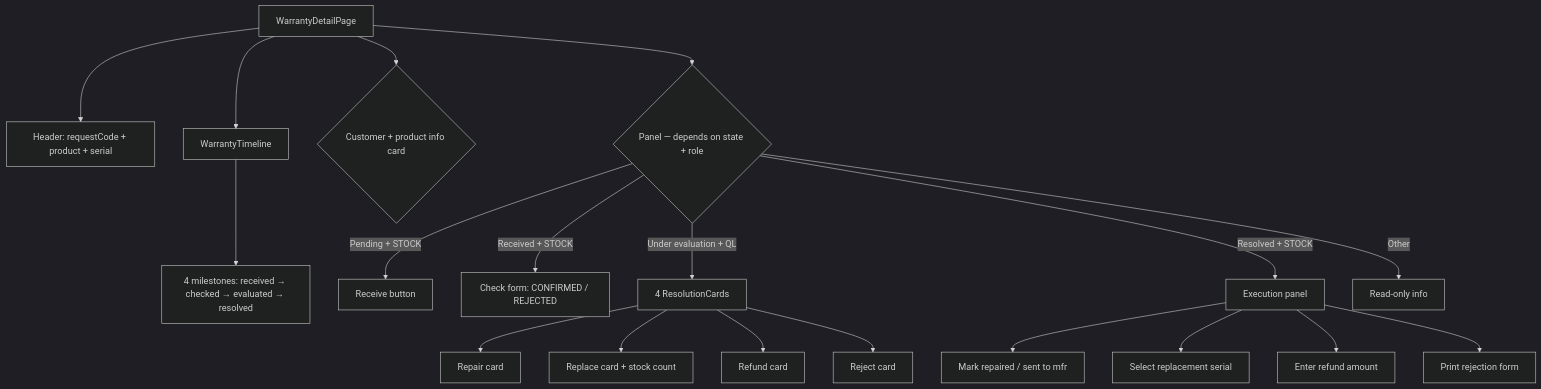
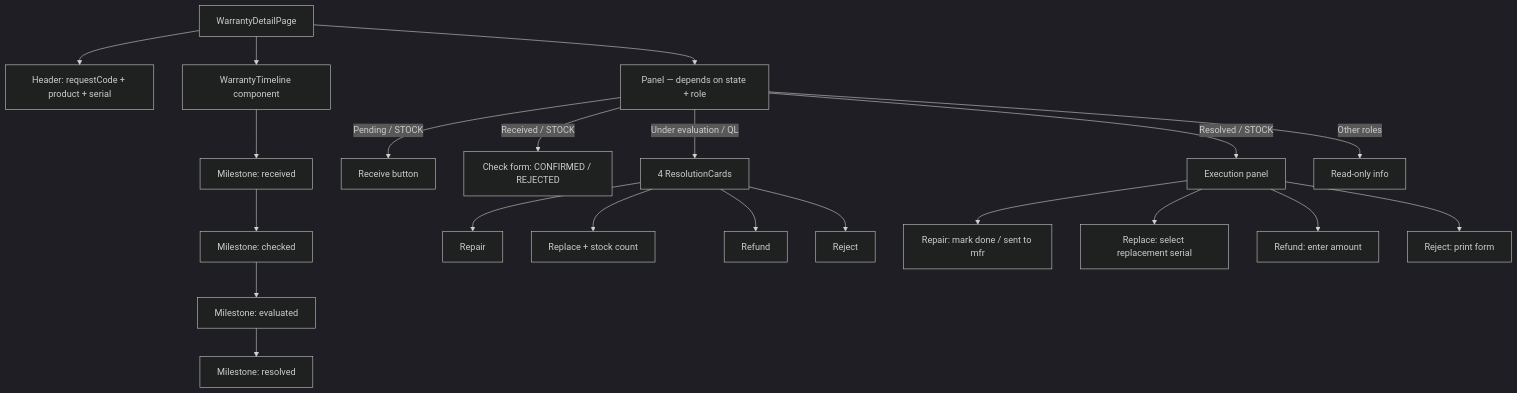
One commit to Java-Inventory-Management-System/Projects changed the second of 3 diagrams in docs/flows/fe/07-warranty-flow.md. Above: the diagram before and after it, drawn with Mermaid (dark theme). The commit also changed other lines of this file and 3 other files, not shown here.

Commit message:
docs: reorganise FE mermaid diagrams — clean subgraph layout, fix cross-references

````diff
--- a/docs/flows/fe/07-warranty-flow.md
+++ b/docs/flows/fe/07-warranty-flow.md
@@ -59,24 +64,28 @@
 ```mermaid
 graph TD
-    A[WarrantyDetailPage] --> B[Header: requestCode + product + serial]
-    A --> C[WarrantyTimeline]
-    C --> C1[4 milestones: received → checked → evaluated → resolved]
-    A --> D{Customer + product info card}
-    A --> E{Panel — depends on state + role}
+    A[WarrantyDetailPage]
+    A --> B[Header: requestCode + product + serial]
+    A --> C[WarrantyTimeline component]
+    C --> C1[Milestone: received]
+    C1 --> C2[Milestone: checked]
+    C2 --> C3[Milestone: evaluated]
+    C3 --> C4[Milestone: resolved]
 
-    E -->|Pending + STOCK| F[Receive button]
-    E -->|Received + STOCK| G[Check form: CONFIRMED / REJECTED]
-    E -->|Under evaluation + QL| H[4 ResolutionCards]
-    E -->|Resolved + STOCK| I[Execution panel]
-    E -->|Other| J[Read-only info]
+    A --> D[Panel — depends on state + role]
 
-    H --> CARD1[Repair card]
-    H --> CARD2[Replace card + stock count]
-    H --> CARD3[Refund card]
-    H --> CARD4[Reject card]
+    D -->|Pending / STOCK| E[Receive button]
+    D -->|Received / STOCK| F[Check form: CONFIRMED / REJECTED]
+    D -->|Under evaluation / QL| G[4 ResolutionCards]
+    D -->|Resolved / STOCK| H[Execution panel]
+    D -->|Other roles| I[Read-only info]
 
-    I --> REPAIR[Mark repaired / sent to mfr]
-    I --> REPLACE[Select replacement serial]
-    I --> REFUND[Enter refund amount]
-    I --> REJECT[Print rejection form]
+    G --> G1[Repair]
+    G --> G2[Replace + stock count]
+    G --> G3[Refund]
+    G --> G4[Reject]
+
+    H --> H1[Repair: mark done / sent to mfr]
+    H --> H2[Replace: select replacement serial]
+    H --> H3[Refund: enter amount]
+    H --> H4[Reject: print form]
 ```
````
